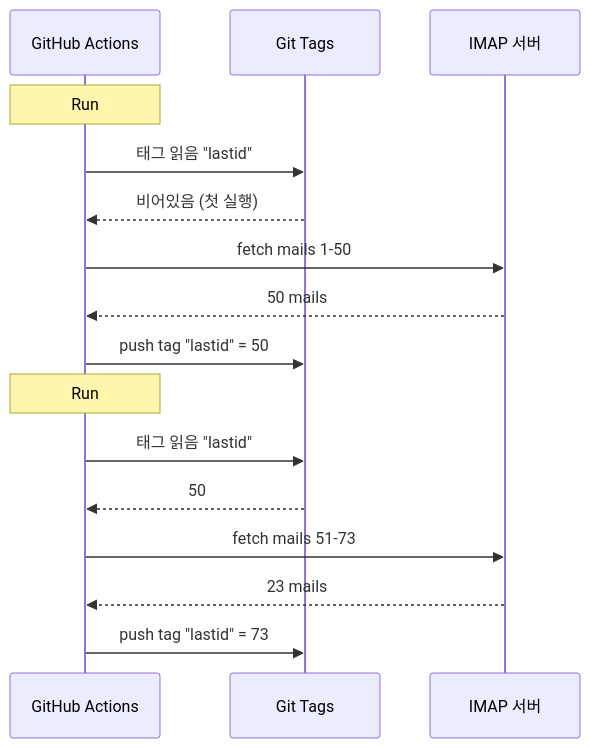
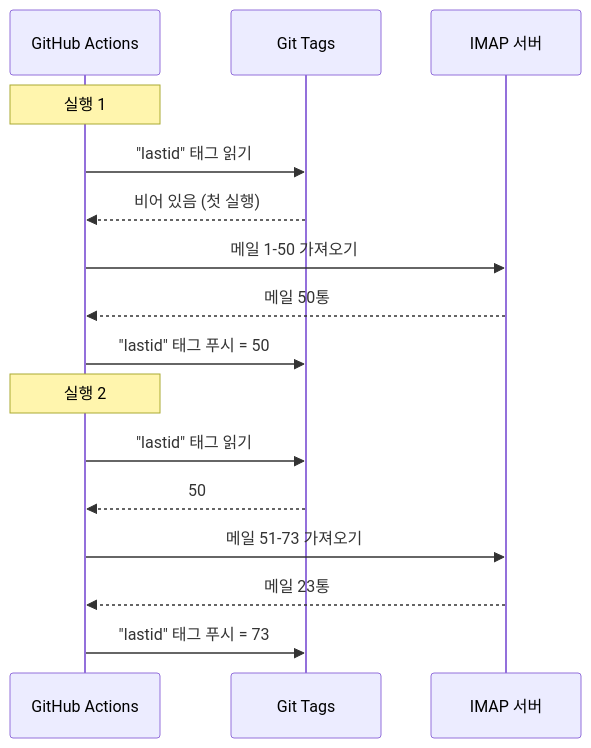
The diagram in public/articles/ko/email-autoreply.md (fox3000foxy/fox3000foxy.github.io), drawn with Mermaid before and after one commit. The commit also changed other lines of this file and 576 other files, not shown here.

````diff
--- a/public/articles/ko/email-autoreply.md
+++ b/public/articles/ko/email-autoreply.md
@@ -60,20 +59,20 @@
 ```mermaid
 sequenceDiagram
     participant GH as GitHub Actions
     participant GIT as Git Tags
     participant IMAP as IMAP 서버
-    
-    Note over GH: Run #1
-    GH->>GIT: 태그 읽음 "lastid"
-    GIT-->>GH: 비어있음 (첫 실행)
-    GH->>IMAP: fetch mails 1-50
-    IMAP-->>GH: 50 mails
-    GH->>GIT: push tag "lastid" = 50
-    
-    Note over GH: Run #2
-    GH->>GIT: 태그 읽음 "lastid"
+
+    Note over GH: 실행 1
+    GH->>GIT: "lastid" 태그 읽기
+    GIT-->>GH: 비어 있음 (첫 실행)
+    GH->>IMAP: 메일 1-50 가져오기
+    IMAP-->>GH: 메일 50통
+    GH->>GIT: "lastid" 태그 푸시 = 50
+
+    Note over GH: 실행 2
+    GH->>GIT: "lastid" 태그 읽기
     GIT-->>GH: 50
-    GH->>IMAP: fetch mails 51-73
-    IMAP-->>GH: 23 mails
-    GH->>GIT: push tag "lastid" = 73
+    GH->>IMAP: 메일 51-73 가져오기
+    IMAP-->>GH: 메일 23통
+    GH->>GIT: "lastid" 태그 푸시 = 73
 ```
````
